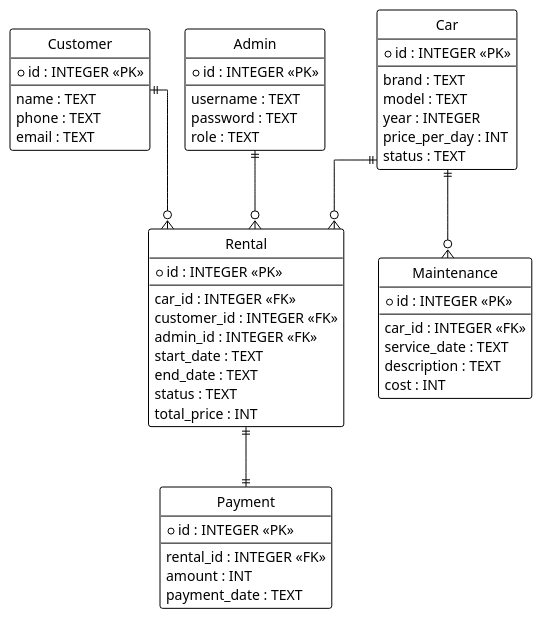
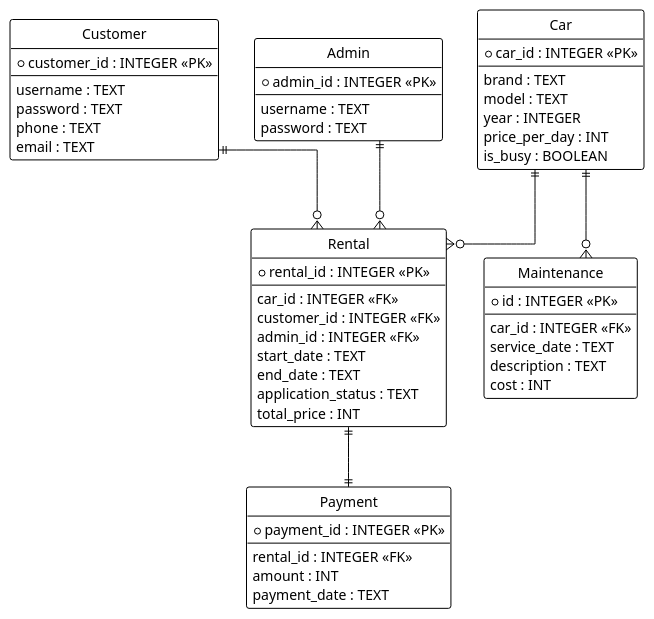
Before and after one commit to gitanowe/DriveTime: the diagram in docs/diagrams/er.puml, drawn with PlantUML. The commit also changed 1 other file, not shown here.

```diff
--- a/docs/diagrams/er.puml
+++ b/docs/diagrams/er.puml
@@ -1,84 +1,84 @@
 @startuml
 
 !theme plain
 hide circle
 skinparam linetype ortho
 skinparam entity {
   BackgroundColor White
   BorderColor Black
   FontName "Consolas"
 }
 
 entity "Car" as Car {
-  *id : INTEGER <<PK>>
+  *car_id : INTEGER <<PK>>
   --
   brand : TEXT
   model : TEXT
   year : INTEGER
   price_per_day : INT
-  status : TEXT
+  is_busy : BOOLEAN
 }
 
 entity "Customer" as Customer {
-  *id : INTEGER <<PK>>
+  *customer_id : INTEGER <<PK>>
   --
-  name : TEXT
+  username : TEXT
+  password : TEXT
   phone : TEXT
   email : TEXT
 }
 
 entity "Admin" as Admin {
-  *id : INTEGER <<PK>>
+  *admin_id : INTEGER <<PK>>
   --
   username : TEXT
   password : TEXT
-  role : TEXT
 }
 
 entity "Rental" as Rental {
-  *id : INTEGER <<PK>>
+  *rental_id : INTEGER <<PK>>
   --
   car_id : INTEGER <<FK>>
   customer_id : INTEGER <<FK>>
   admin_id : INTEGER <<FK>>
   start_date : TEXT
   end_date : TEXT
-  status : TEXT
+  application_status : TEXT
   total_price : INT
 }
 
 entity "Payment" as Payment {
-  *id : INTEGER <<PK>>
+  *payment_id : INTEGER <<PK>>
   --
   rental_id : INTEGER <<FK>>
   amount : INT
   payment_date : TEXT
 }
 
 entity "Maintenance" as Maintenance {
   *id : INTEGER <<PK>>
   --
   car_id : INTEGER <<FK>>
   service_date : TEXT
   description : TEXT
   cost : INT
 }
 
 ' СВЯЗИ (1:N и M:N)
 
 ' 1:N — Клиент может иметь несколько аренд
 Customer ||--o{ Rental
 
 ' 1:N — Машина может участвовать в нескольких арендах
 Car ||--o{ Rental
 
 ' 1:N — Администратор может подтверждать несколько аренд
 Admin ||--o{ Rental
 
 ' 1:1 — Каждая аренда имеет один платёж
 Rental ||--|| Payment
 
 ' 1:N — Одна машина может иметь несколько записей обслуживания
 Car ||--o{ Maintenance
 
 @enduml
```
